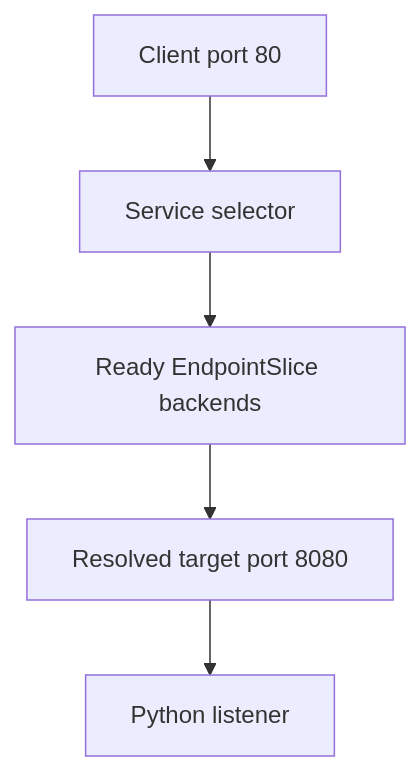
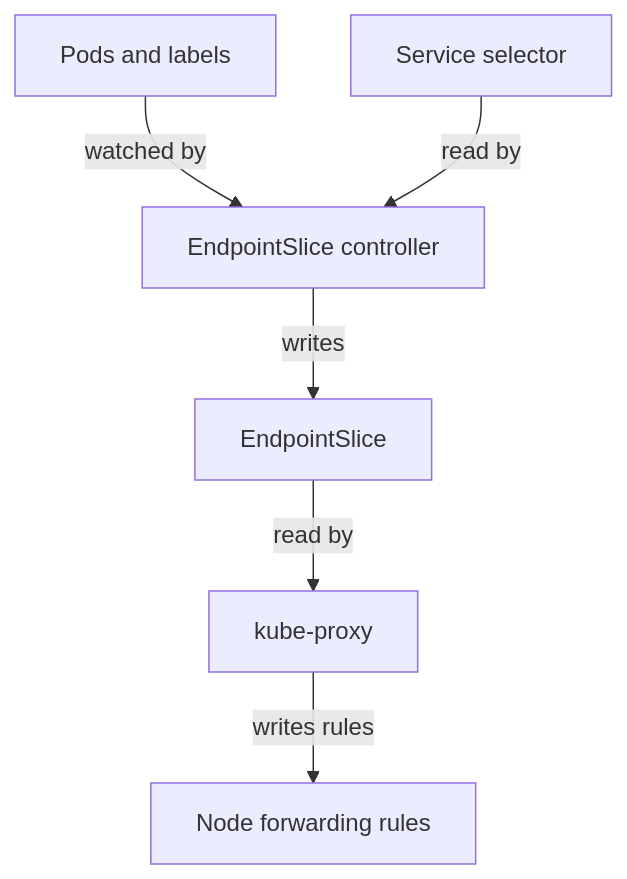
One commit to astrona-io/ATS026 changed the diagram in sections/section-030/module-01/course-01-selectors-ports-and-backends.md. Above: the diagram before and after it, drawn with Mermaid. The commit also changed other lines of this file and 379 other files, not shown here.

````diff
--- a/sections/section-030/module-01/course-01-selectors-ports-and-backends.md
+++ b/sections/section-030/module-01/course-01-selectors-ports-and-backends.md
@@ -56,7 +34,8 @@
 ```mermaid
 flowchart TB
-    C["Client port 80"] --> S["Service selector"]
-    S --> E["Ready EndpointSlice backends"]
-    E --> P["Resolved target port 8080"]
-    P --> L["Python listener"]
+    P["Pods and labels"] -->|"watched by"| C["EndpointSlice controller"]
+    S["Service selector"] -->|"read by"| C
+    C -->|"writes"| E["EndpointSlice"]
+    E -->|"read by"| K["kube-proxy"]
+    K -->|"writes rules"| N["Node forwarding rules"]
 ```
````
